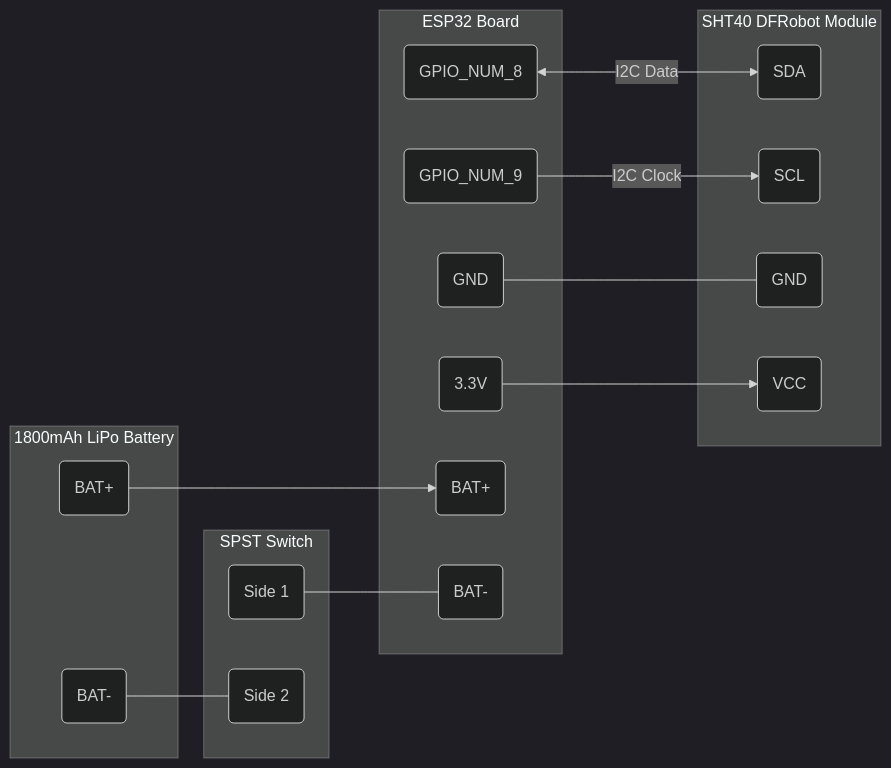
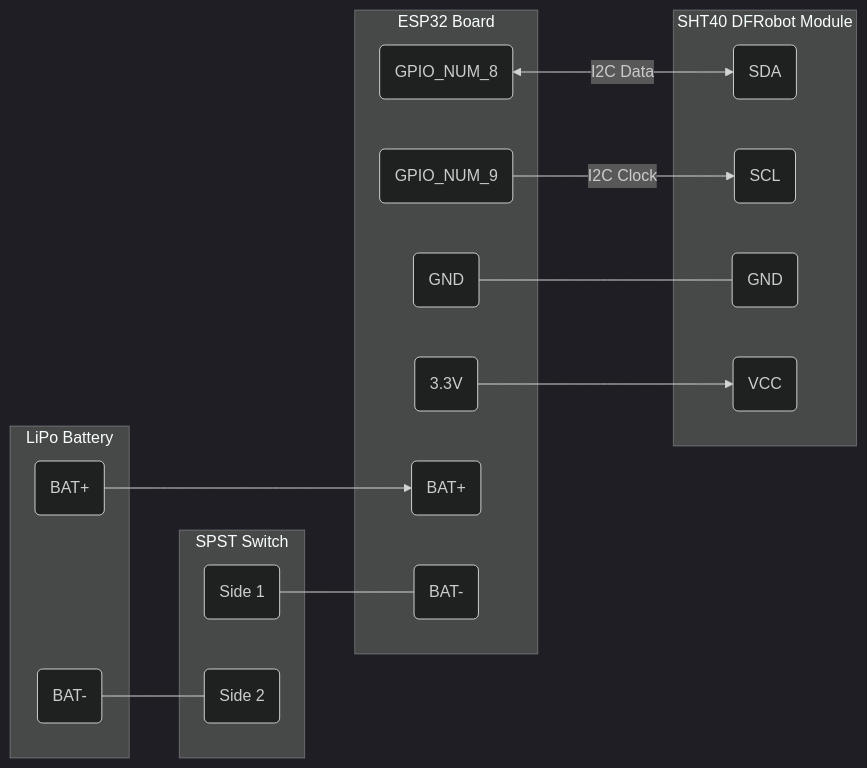
One commit to orbisgis/veloclimap_esp32_firmware changed the diagram in README.md. Above: the diagram before and after it, drawn with Mermaid (dark theme). The commit also changed other lines of this file, not shown here.

````diff
--- a/README.md
+++ b/README.md
@@ -78,39 +82,39 @@
 ```mermaid
 flowchart LR
     subgraph ESP32 [ESP32 Board]
         P8(GPIO_NUM_8)
         P9(GPIO_NUM_9)
         GND(GND)
         V33(3.3V)
         EBAT_P(BAT+)
         EBAT_M(BAT-)
     end
 
     subgraph SHT40 [SHT40 DFRobot Module]
         SDA(SDA)
         SCL(SCL)
         SGND(GND)
         SVCC(VCC)
     end
 
-    subgraph Power [1800mAh LiPo Battery]
+    subgraph Power [LiPo Battery]
         BP(BAT+)
         BM(BAT-)
     end
 
     subgraph Switch [SPST Switch]
         S1(Side 1)
         S2(Side 2)
     end
 
     %% I2C Connections
     P8 <-->|I2C Data| SDA
     P9 --->|I2C Clock| SCL
     GND --- SGND
     V33 ---> SVCC
 
     %% Power Connections
     BP ---> EBAT_P
     BM --- S2
     S1 --- EBAT_M
 ```
````
